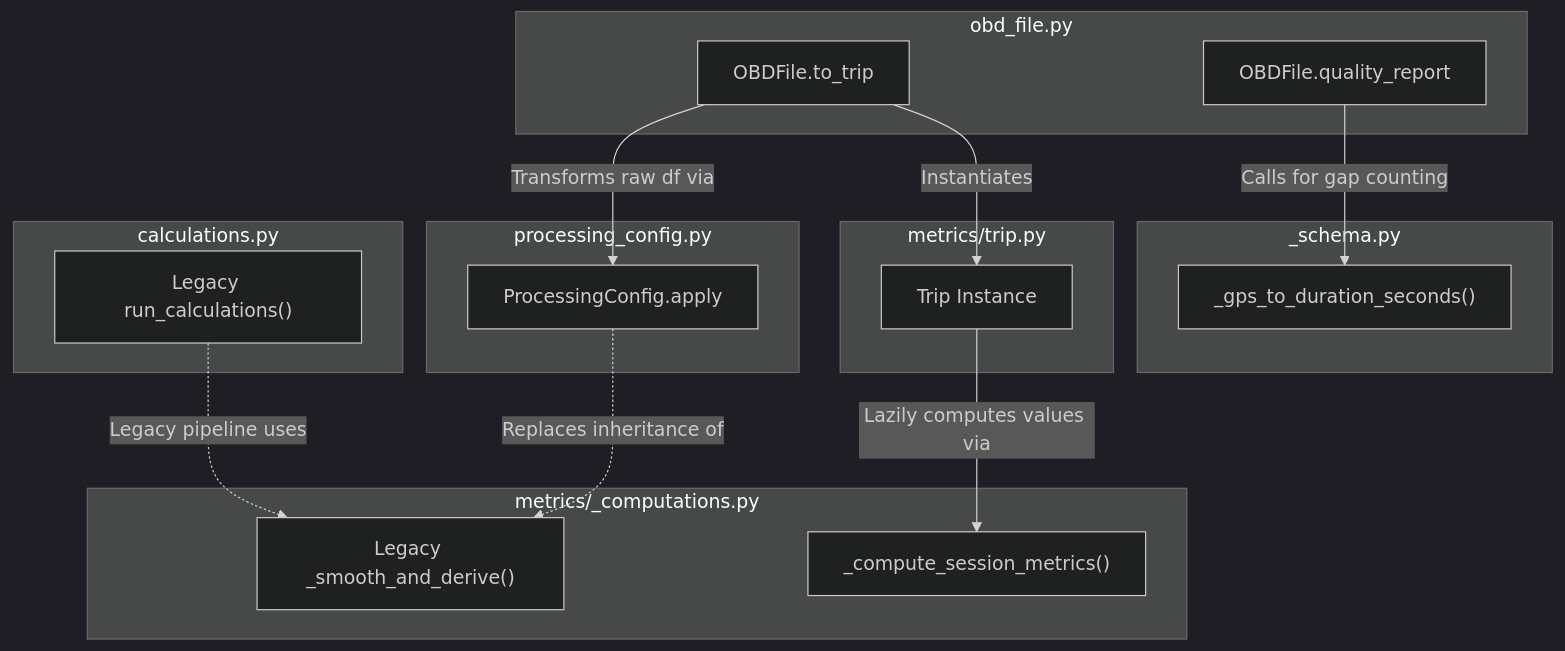
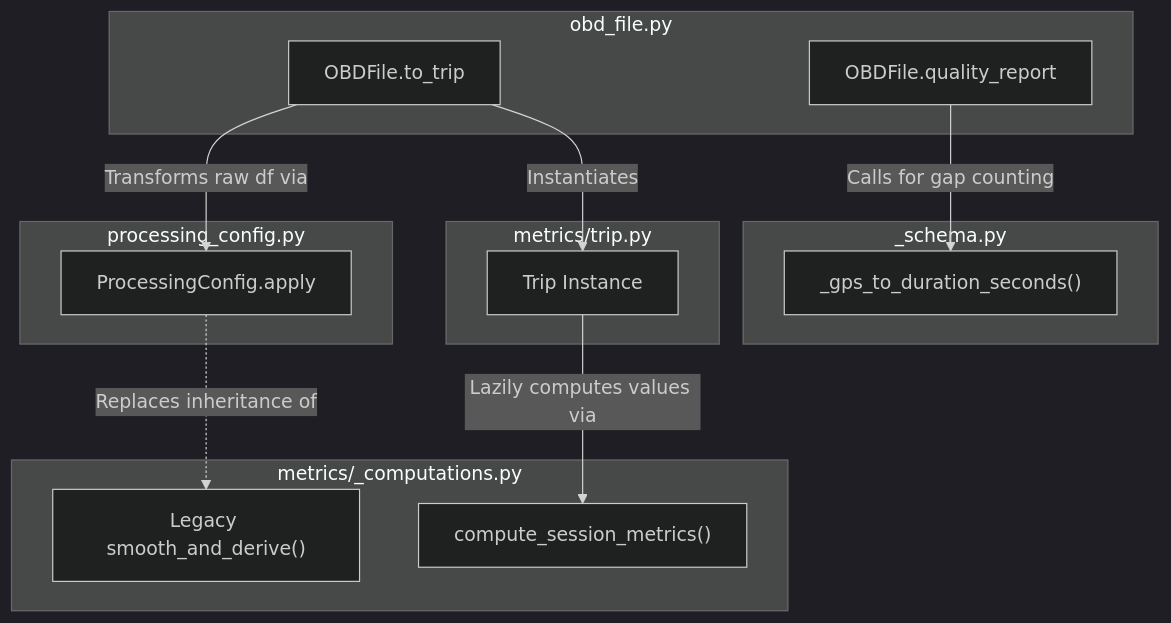
The second of 2 diagrams in docs/designs/method_dependencies.md (npapnet/eco_drive_cycles), drawn with Mermaid (dark theme) before and after one commit. The commit also changed other lines of this file and 5 other files, not shown here.

````diff
--- a/docs/designs/method_dependencies.md
+++ b/docs/designs/method_dependencies.md
@@ -42,36 +37,31 @@
 ```mermaid
 graph TD
     subgraph obd_file.py
         O_to_trip[OBDFile.to_trip]
         O_qr[OBDFile.quality_report]
     end
 
     subgraph processing_config.py
         PC[ProcessingConfig.apply]
     end
 
     subgraph _schema.py
         GPS["_gps_to_duration_seconds()"]
     end
 
     subgraph metrics/trip.py
         TR[Trip Instance]
     end
-    
-    subgraph calculations.py
-        RC["Legacy run_calculations()"]
-    end
 
     subgraph metrics/_computations.py
-        CSM["_compute_session_metrics()"]
-        SD["Legacy _smooth_and_derive()"]
+        CSM["compute_session_metrics()"]
+        SD["Legacy smooth_and_derive()"]
     end
 
     O_qr -->|Calls for gap counting| GPS
     O_to_trip -->|Transforms raw df via| PC
     O_to_trip -->|Instantiates| TR
     TR -->|Lazily computes values via| CSM
     
-    RC -.->|Legacy pipeline uses| SD
     PC -.->|Replaces inheritance of| SD
 ```
````
